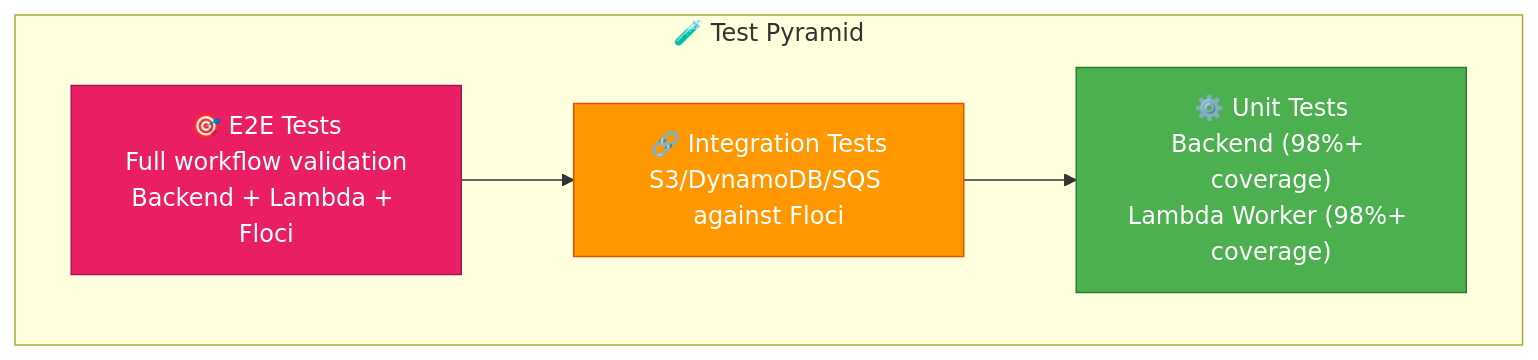
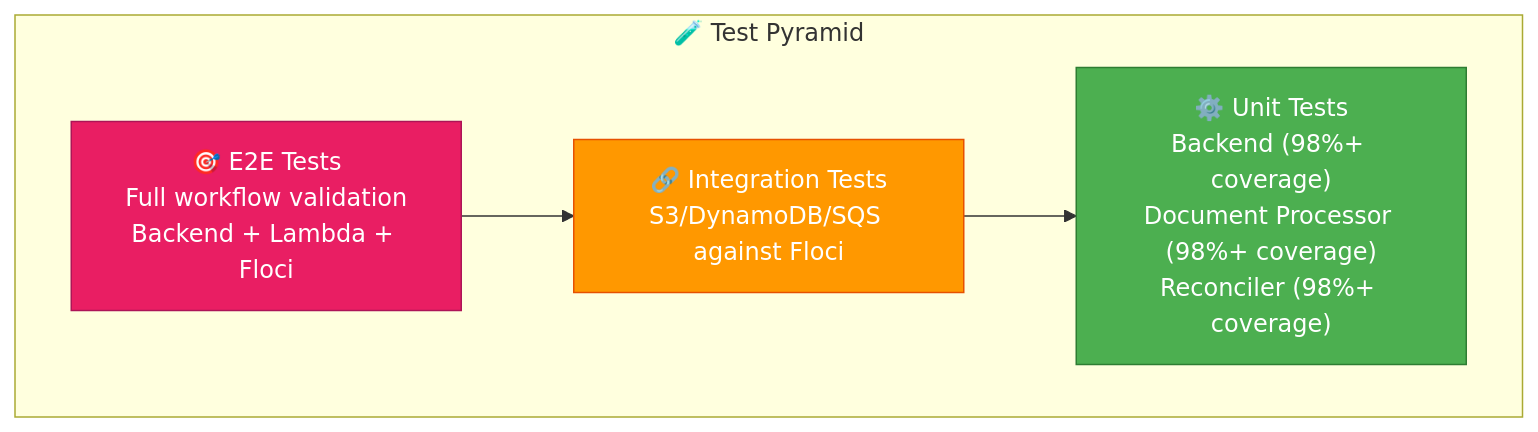
Before and after one commit to sergio11/aws_serverless_pipeline_poc: the seventh of 7 diagrams in README.md, drawn with Mermaid. The commit also changed other lines of this file, not shown here.

First line of the commit message:
docs: align README with dual Lambda architecture

````diff
--- a/README.md
+++ b/README.md
@@ -808,15 +808,15 @@
 ```mermaid
 graph TB
     subgraph "🧪 Test Pyramid"
         E2E["🎯 E2E Tests<br/>Full workflow validation<br/>Backend + Lambda + Floci"]
         INT["🔗 Integration Tests<br/>S3/DynamoDB/SQS against Floci"]
-        UNIT["⚙️ Unit Tests<br/>Backend (98%+ coverage)<br/>Lambda Worker (98%+ coverage)"]
+        UNIT["⚙️ Unit Tests<br/>Backend (98%+ coverage)<br/>Document Processor (98%+ coverage)<br/>Reconciler (98%+ coverage)"]
     end
 
     E2E --> INT
     INT --> UNIT
 
     style E2E fill:#E91E63,color:#fff,stroke:#AD1457
     style INT fill:#FF9800,color:#fff,stroke:#E65100
     style UNIT fill:#4CAF50,color:#fff,stroke:#2E7D32
 ```
````
